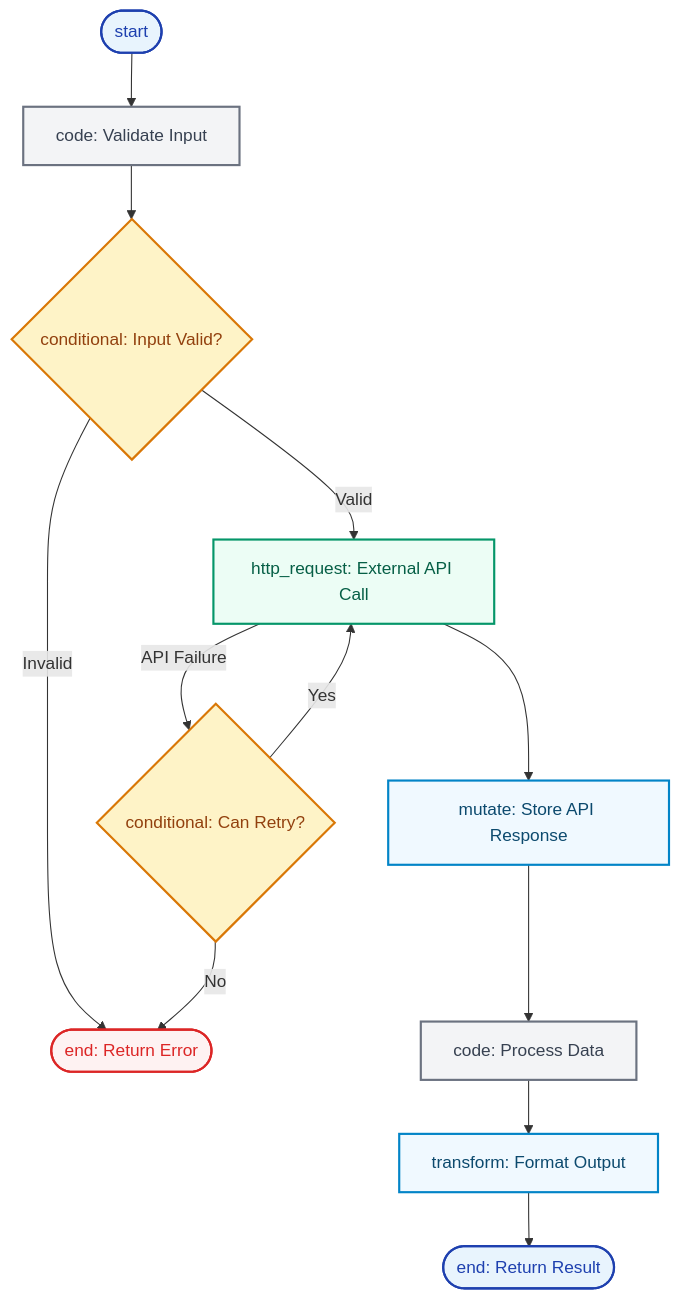
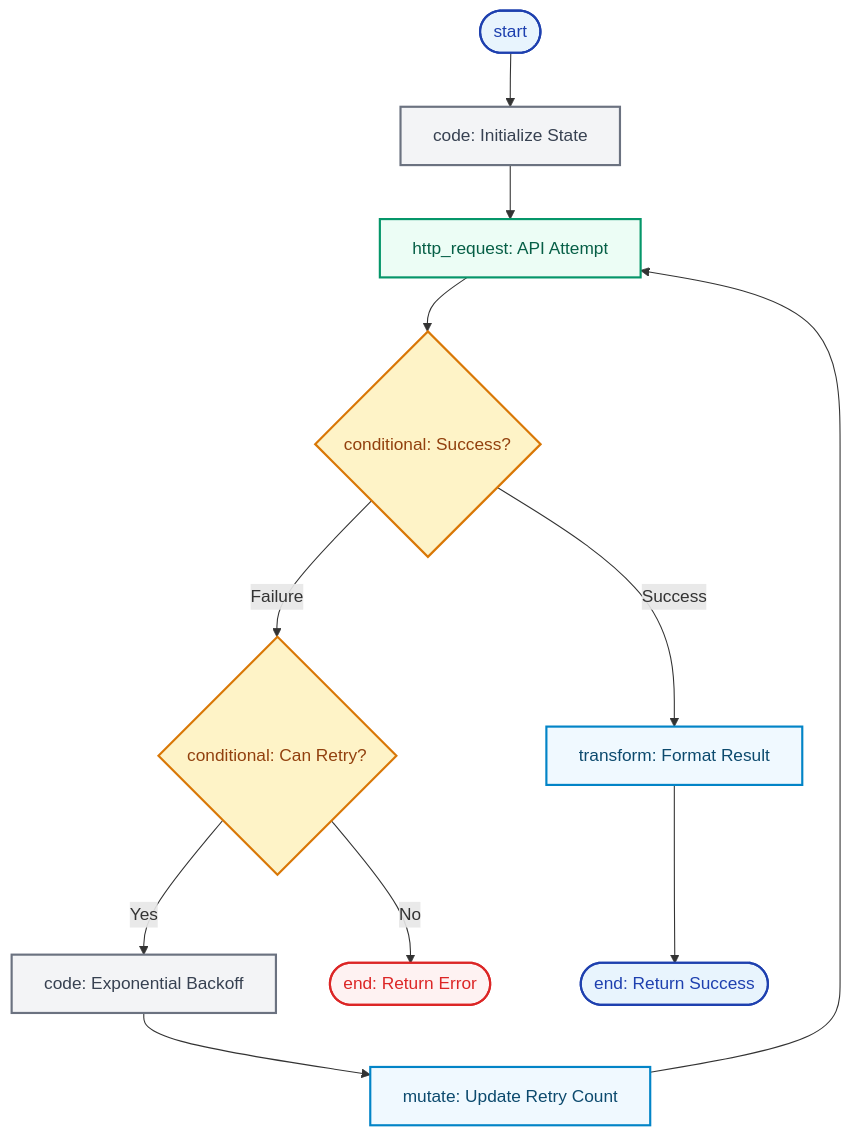
The third of 3 diagrams in packages/docs/content/docs/core-concepts/tools.mdx (theingenuityco/starships.ai), drawn with Mermaid before and after one commit. The commit also changed other lines of this file, not shown here.

````diff
--- a/packages/docs/content/docs/core-concepts/tools.mdx
+++ b/packages/docs/content/docs/core-concepts/tools.mdx
@@ -109,27 +168,27 @@
 ```mermaid
 graph TD
-    START([start]) --> VALIDATE[code: Validate Input]
-    VALIDATE --> CHECK{conditional: Input Valid?}
-    CHECK -->|Valid| API[http_request: External API Call]
-    CHECK -->|Invalid| ERROR([end: Return Error])
-
-    API --> MUTATE[mutate: Store API Response]
-    MUTATE --> PROCESS[code: Process Data]
-    PROCESS --> TRANSFORM[transform: Format Output]
-    TRANSFORM --> END([end: Return Result])
-
-    API -->|API Failure| RETRY{conditional: Can Retry?}
-    RETRY -->|Yes| API
-    RETRY -->|No| ERROR
-
+    START([start]) --> INIT[code: Initialize State]
+    INIT --> ATTEMPT[http_request: API Attempt]
+    ATTEMPT --> CHECK{conditional: Success?}
+    
+    CHECK -->|Success| FORMAT[transform: Format Result]
+    CHECK -->|Failure| RETRY_CHECK{conditional: Can Retry?}
+    
+    RETRY_CHECK -->|Yes| BACKOFF[code: Exponential Backoff]
+    RETRY_CHECK -->|No| ERROR([end: Return Error])
+    
+    BACKOFF --> MUTATE[mutate: Update Retry Count]
+    MUTATE --> ATTEMPT
+    FORMAT --> END([end: Return Success])
+    
     style START fill:#e8f4fd,stroke:#1e40af,stroke-width:2px,color:#1e40af
     style END fill:#e8f4fd,stroke:#1e40af,stroke-width:2px,color:#1e40af
     style ERROR fill:#fef2f2,stroke:#dc2626,stroke-width:2px,color:#dc2626
-    style VALIDATE fill:#f3f4f6,stroke:#6b7280,stroke-width:2px,color:#374151
+    style INIT fill:#f3f4f6,stroke:#6b7280,stroke-width:2px,color:#374151
+    style ATTEMPT fill:#ecfdf5,stroke:#059669,stroke-width:2px,color:#065f46
     style CHECK fill:#fef3c7,stroke:#d97706,stroke-width:2px,color:#92400e
-    style API fill:#ecfdf5,stroke:#059669,stroke-width:2px,color:#065f46
+    style RETRY_CHECK fill:#fef3c7,stroke:#d97706,stroke-width:2px,color:#92400e
+    style BACKOFF fill:#f3f4f6,stroke:#6b7280,stroke-width:2px,color:#374151
     style MUTATE fill:#f0f9ff,stroke:#0284c7,stroke-width:2px,color:#0c4a6e
-    style PROCESS fill:#f3f4f6,stroke:#6b7280,stroke-width:2px,color:#374151
-    style TRANSFORM fill:#f0f9ff,stroke:#0284c7,stroke-width:2px,color:#0c4a6e
-    style RETRY fill:#fef3c7,stroke:#d97706,stroke-width:2px,color:#92400e
+    style FORMAT fill:#f0f9ff,stroke:#0284c7,stroke-width:2px,color:#0c4a6e
 ```
````
